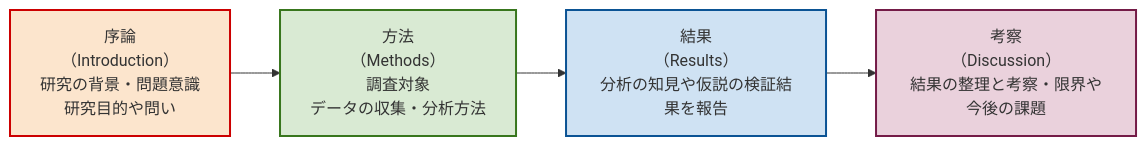
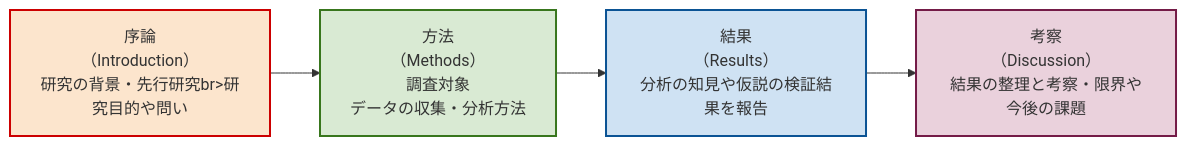
One commit to yaaruga/hp changed the third of 3 diagrams in thesis-culture-media.qmd. Above: the diagram before and after it, drawn with Mermaid.

````diff
--- a/thesis-culture-media.qmd
+++ b/thesis-culture-media.qmd
@@ -125,17 +125,17 @@
 ```{mermaid}
 flowchart LR
 classDef default fill:#ffffff,stroke:#000000,stroke-width:1px;
-    A["序論<br>（Introduction）<br>研究の背景・問題意識<br>研究目的や問い"] --> B["方法<br>（Methods）<br>調査対象<br>データの収集・分析方法"]
+    A["序論<br>（Introduction）<br>研究の背景・先行研究br>研究目的や問い"] --> B["方法<br>（Methods）<br>調査対象<br>データの収集・分析方法"]
     B --> C["結果<br>（Results）<br>分析の知見や仮説の検証結果を報告"]
     C --> D["考察<br>（Discussion）<br>結果の整理と考察・限界や今後の課題"]
 
     A:::intro
     B:::method
     C:::result
     D:::discussion
 
     classDef intro fill:#fce5cd,stroke:#cc0000,stroke-width:2px;
     classDef method fill:#d9ead3,stroke:#38761d,stroke-width:2px;
     classDef result fill:#cfe2f3,stroke:#0b5394,stroke-width:2px;
     classDef discussion fill:#ead1dc,stroke:#741b47,stroke-width:2px;
 ```
````
